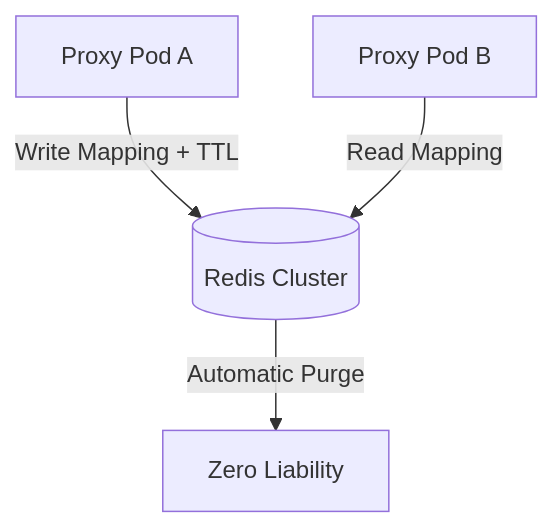
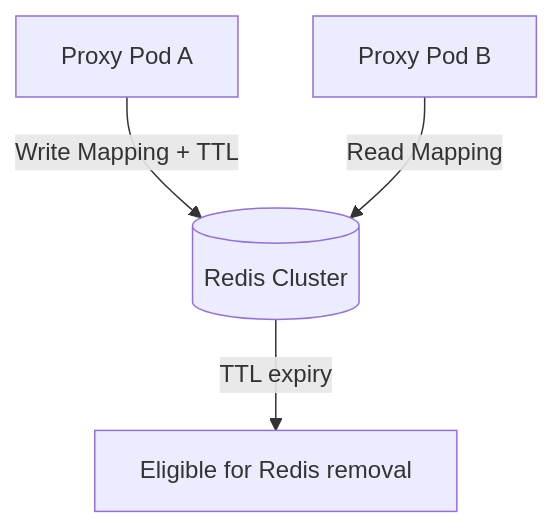
Before and after one commit to ninadphalak/LLM-Shield-Proxy: the diagram in website/docs/features/data-protection-pii-redaction/stateless-redis-ttl-vault.md, drawn with Mermaid. The commit also changed other lines of this file and 86 other files, not shown here.

````diff
--- a/website/docs/features/data-protection-pii-redaction/stateless-redis-ttl-vault.md
+++ b/website/docs/features/data-protection-pii-redaction/stateless-redis-ttl-vault.md
@@ -16,6 +16,6 @@
 ```mermaid
 flowchart TD
     A[Proxy Pod A] -->|Write Mapping + TTL| B[(Redis Cluster)]
     C[Proxy Pod B] -->|Read Mapping| B
-    B -->|Automatic Purge| D[Zero Liability]
+    B -->|TTL expiry| D[Eligible for Redis removal]
 ```
````
